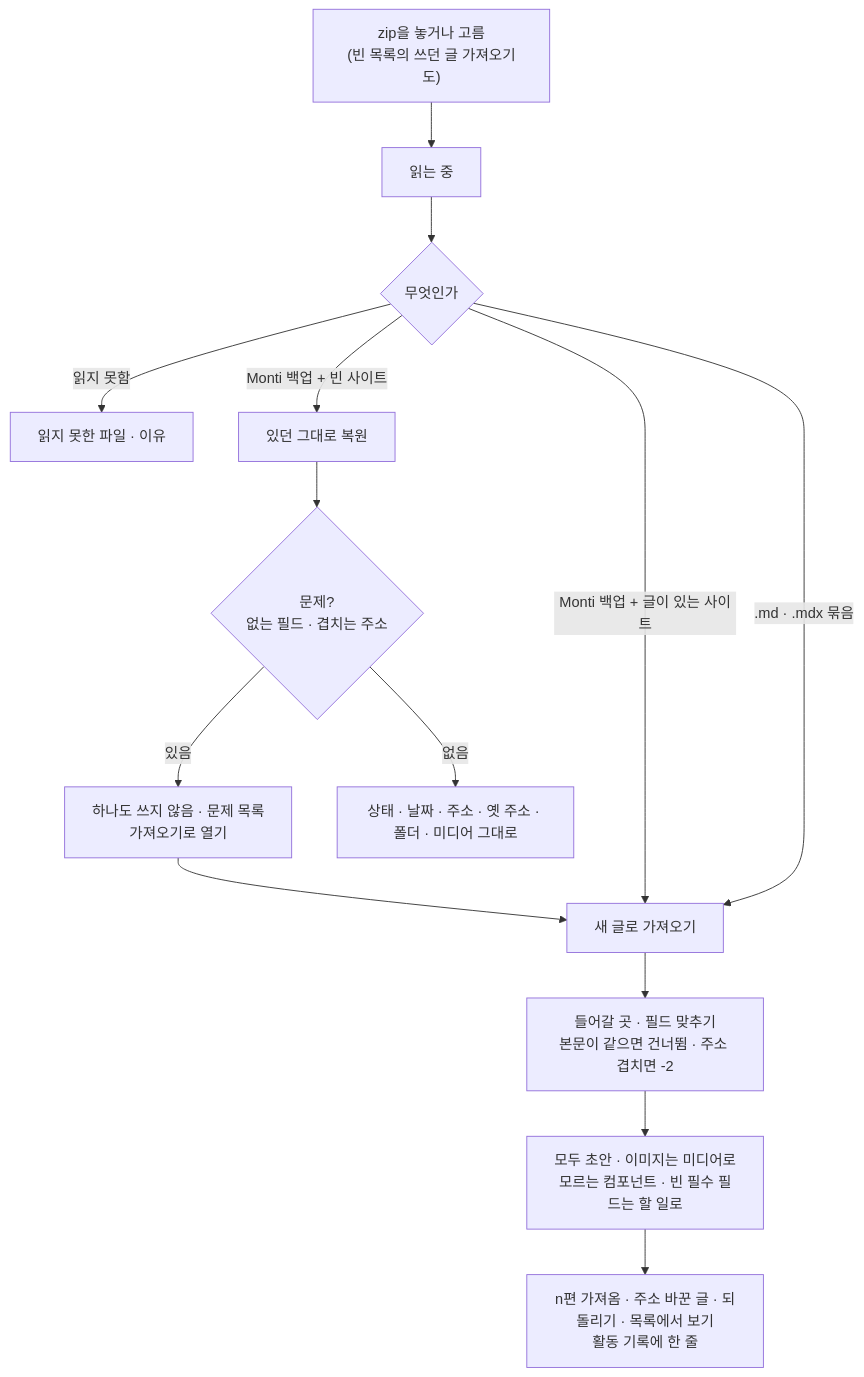
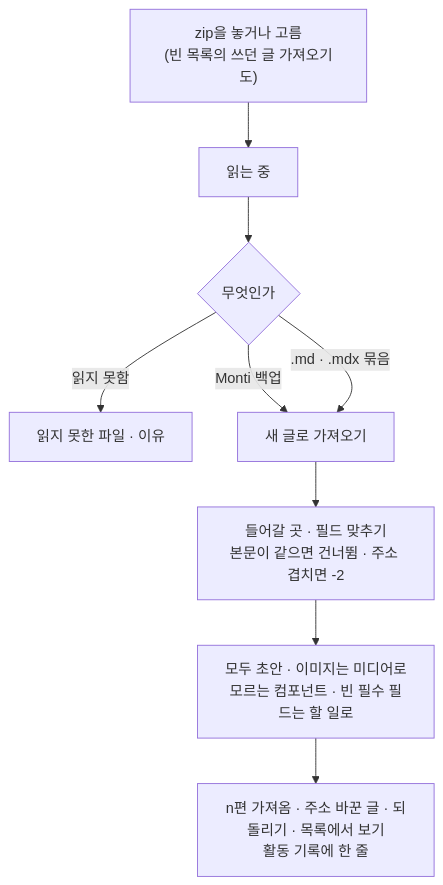
One commit to monti-cms/monti changed the diagram in docs/design/features/14-data-keys-plugins.md. Above: the diagram before and after it, drawn with Mermaid. The commit also changed other lines of this file and 4 other files, not shown here.

````diff
--- a/docs/design/features/14-data-keys-plugins.md
+++ b/docs/design/features/14-data-keys-plugins.md
@@ -44,16 +44,11 @@
 ```mermaid
 flowchart TD
   F["zip을 놓거나 고름<br/>(빈 목록의 쓰던 글 가져오기도)"] --> R["읽는 중"]
   R --> K{"무엇인가"}
   K -->|읽지 못함| E["읽지 못한 파일 · 이유"]
-  K -->|Monti 백업 + 빈 사이트| RS["있던 그대로 복원"]
-  K -->|Monti 백업 + 글이 있는 사이트| IM
-  K -->|.md · .mdx 묶음| IM["새 글로 가져오기"]
-  RS --> CK{"문제?<br/>없는 필드 · 겹치는 주소"}
-  CK -->|있음| NO["하나도 쓰지 않음 · 문제 목록<br/>가져오기로 열기"]
-  NO --> IM
-  CK -->|없음| ALL["상태 · 날짜 · 주소 · 옛 주소 · 폴더 · 미디어 그대로"]
+  K -->|Monti 백업| IM["새 글로 가져오기"]
+  K -->|.md · .mdx 묶음| IM
   IM --> MAP["들어갈 곳 · 필드 맞추기<br/>본문이 같으면 건너뜀 · 주소 겹치면 -2"]
   MAP --> GO["모두 초안 · 이미지는 미디어로<br/>모르는 컴포넌트 · 빈 필수 필드는 할 일로"]
   GO --> DONE["n편 가져옴 · 주소 바꾼 글 · 되돌리기 · 목록에서 보기<br/>활동 기록에 한 줄"]
 ```
````
